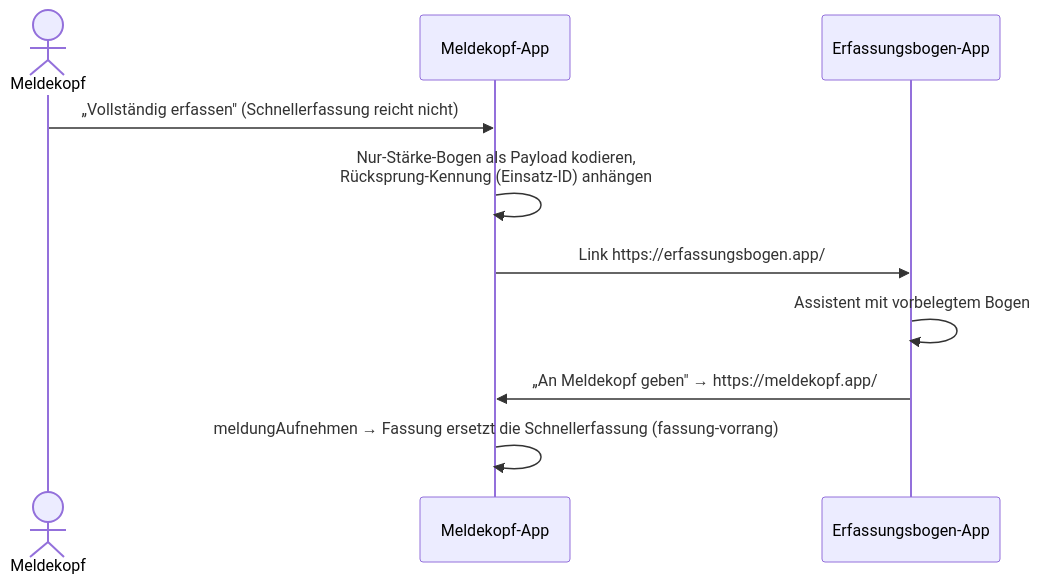
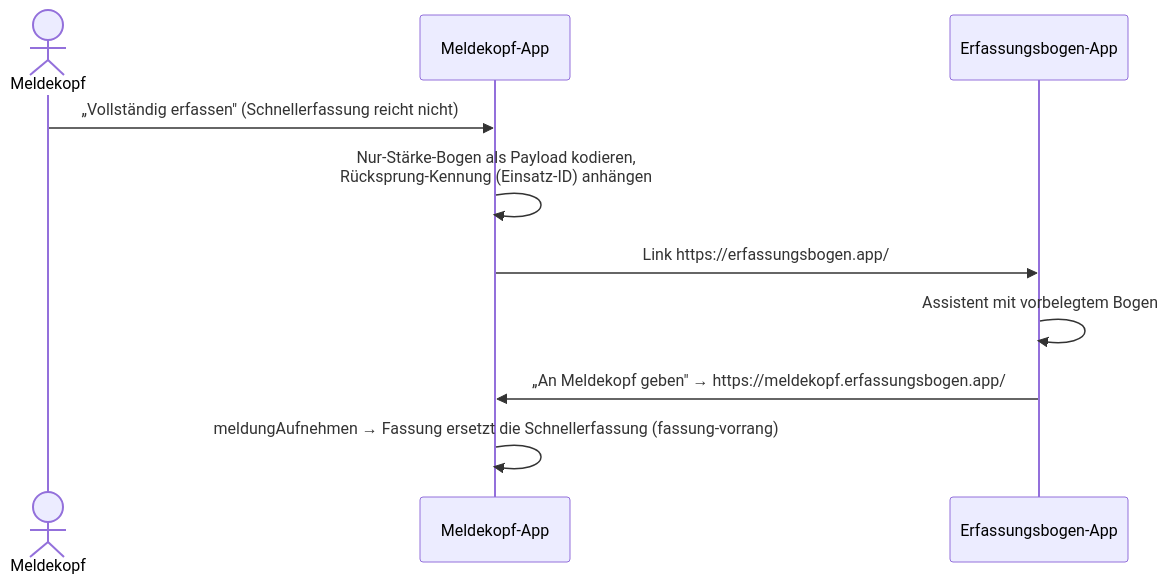
The fourth of 4 diagrams in docs/architektur.md (wattnpapa/meldekopf), drawn with Mermaid before and after one commit. The commit also changed other lines of this file and 4 other files, not shown here.

First line of the commit message:
Adresse meldekopf.erfassungsbogen.app, Repos der geteilten Bausteine benannt

````diff
--- a/docs/architektur.md
+++ b/docs/architektur.md
@@ -259,12 +259,12 @@
 ```mermaid
 sequenceDiagram
   actor MK as Meldekopf
   participant M as Meldekopf-App
   participant E as Erfassungsbogen-App
   MK->>M: „Vollständig erfassen" (Schnellerfassung reicht nicht)
   M->>M: Nur-Stärke-Bogen als Payload kodieren,<br/>Rücksprung-Kennung (Einsatz-ID) anhängen
   M->>E: Link https://erfassungsbogen.app/#<Payload>&rueck=meldekopf
   E->>E: Assistent mit vorbelegtem Bogen
-  E->>M: „An Meldekopf geben" → https://meldekopf.app/#<Payload>
+  E->>M: „An Meldekopf geben" → https://meldekopf.erfassungsbogen.app/#<Payload>
   M->>M: meldungAufnehmen → Fassung ersetzt die Schnellerfassung (fassung-vorrang)
 ```
````
